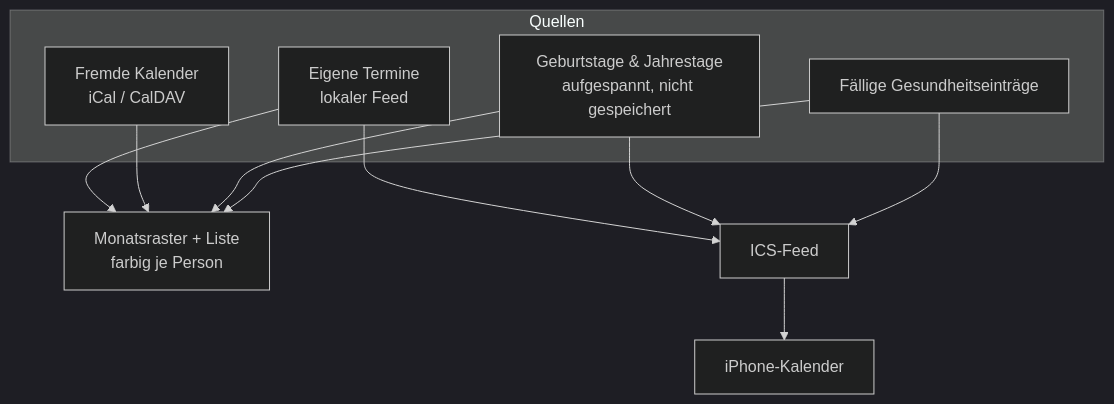
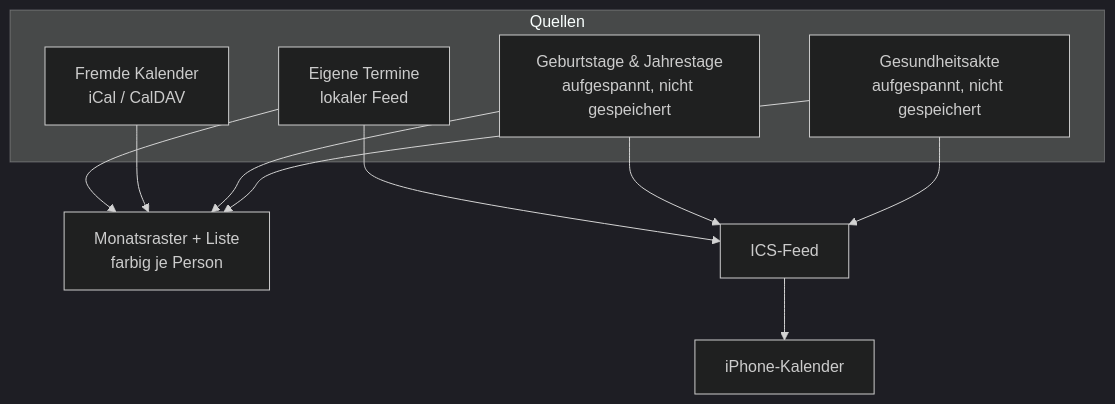
One commit to Nehmo101/UWE changed the diagram in docs/family/kalender.md. Above: the diagram before and after it, drawn with Mermaid (dark theme). The commit also changed other lines of this file and 8 other files, not shown here.

````diff
--- a/docs/family/kalender.md
+++ b/docs/family/kalender.md
@@ -5,19 +5,19 @@
 ```mermaid
 flowchart TB
   subgraph Quellen
     E["Eigene Termine<br/>lokaler Feed"]
     F["Fremde Kalender<br/>iCal / CalDAV"]
     G["Geburtstage & Jahrestage<br/>aufgespannt, nicht gespeichert"]
-    H["Fällige Gesundheitseinträge"]
+    H["Gesundheitsakte<br/>aufgespannt, nicht gespeichert"]
   end
 
   E --> V["Monatsraster + Liste<br/>farbig je Person"]
   F --> V
   G --> V
   H --> V
 
   E --> ICS["ICS-Feed"]
   G --> ICS
   H --> ICS
   ICS --> P["iPhone-Kalender"]
 ```
````
